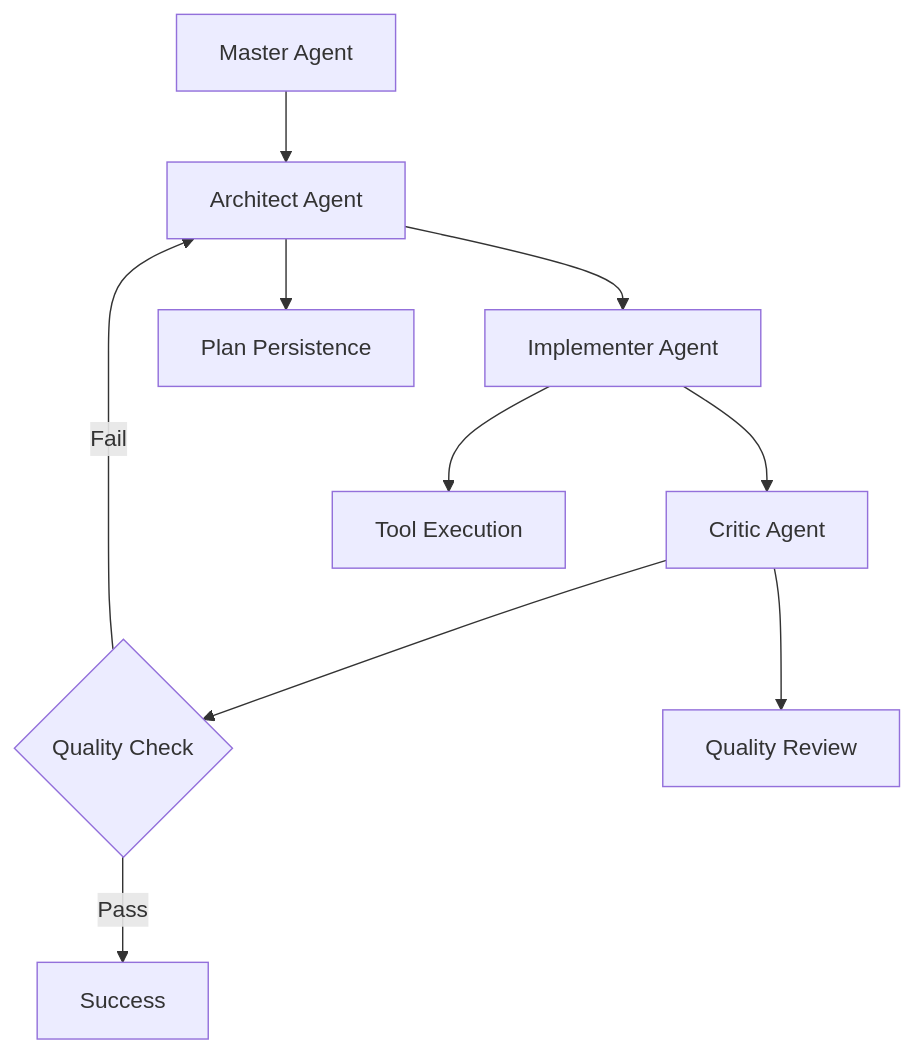
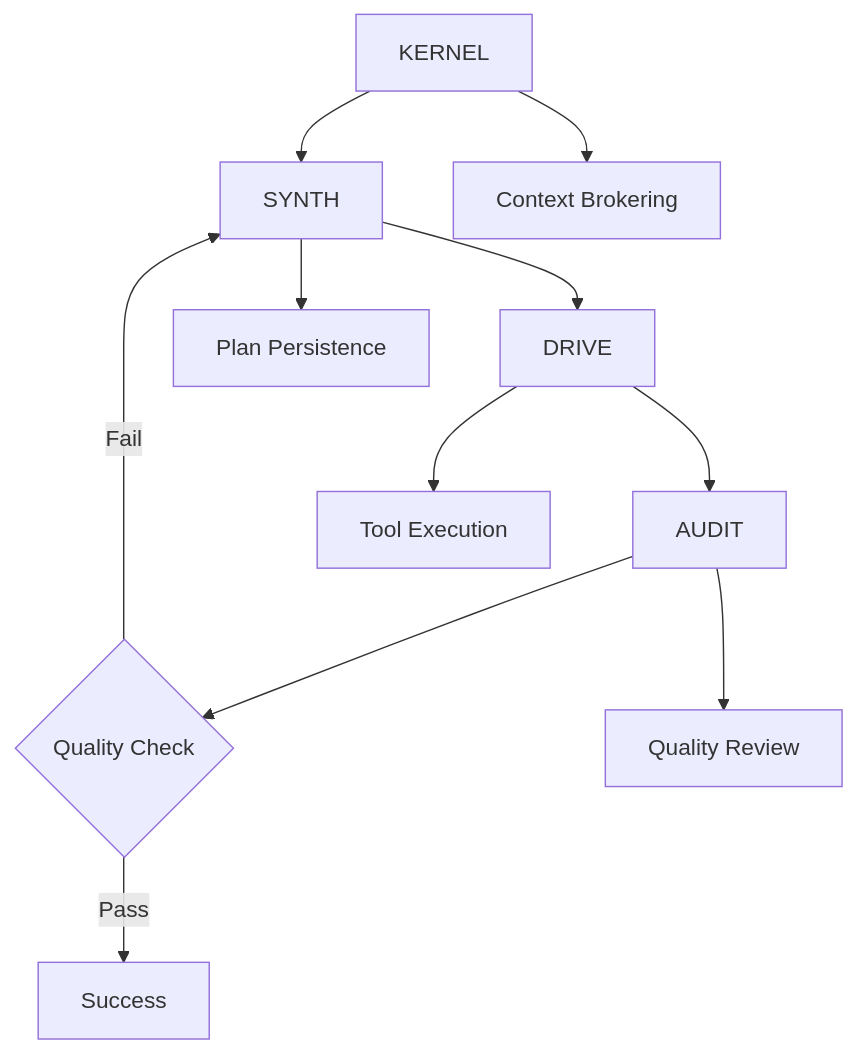
Before and after one commit to tayyab3245/gemini-chimera-cli: the diagram in README.md, drawn with Mermaid. The commit also changed other lines of this file, not shown here.

First line of the commit message:
Update agent role names and architecture roadmap

````diff
--- a/README.md
+++ b/README.md
@@ -115,13 +117,14 @@
 ```mermaid
 graph TD
-    A[Master Agent] --> B[Architect Agent]
-    B --> C[Implementer Agent]
-    C --> D[Critic Agent]
+    A[KERNEL] --> B[SYNTH]
+    B --> C[DRIVE]
+    C --> D[AUDIT]
     D --> E{Quality Check}
     E -->|Pass| F[Success]
     E -->|Fail| B
     
-    B --> G[Plan Persistence]
-    C --> H[Tool Execution]
-    D --> I[Quality Review]
+    A --> G[Context Brokering]
+    B --> H[Plan Persistence]
+    C --> I[Tool Execution]
+    D --> J[Quality Review]
 ```
````
